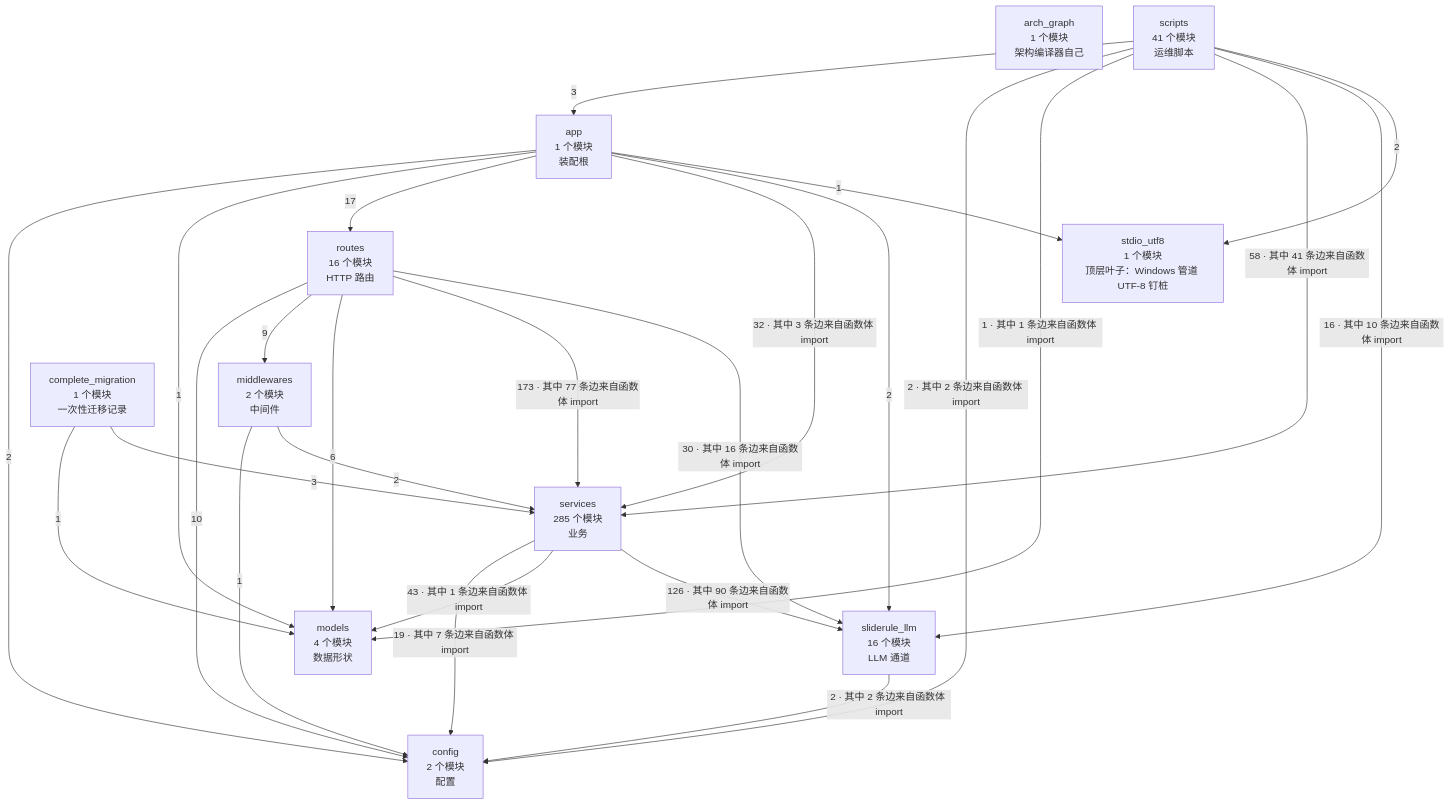
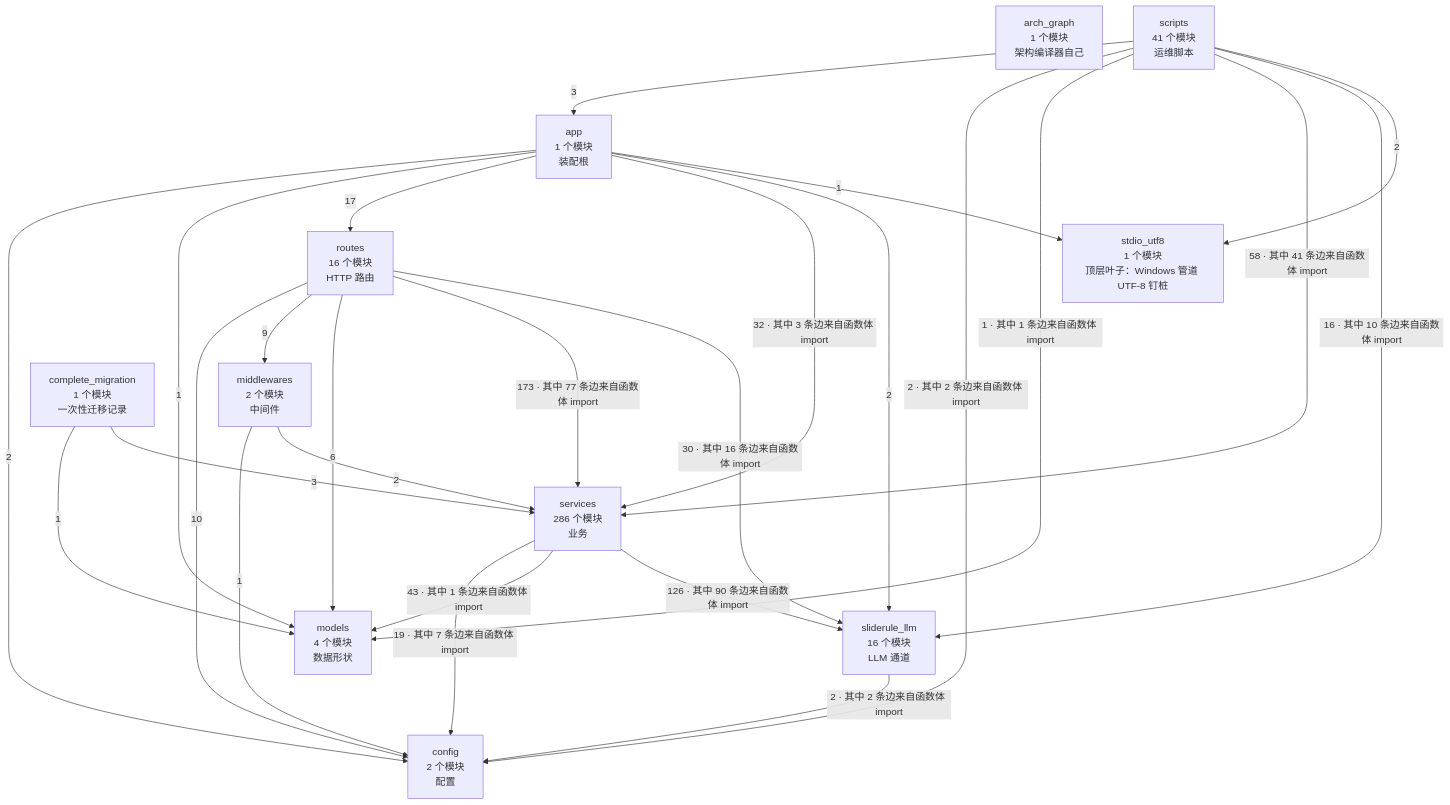
Before and after one commit to 2686521696/WhyBuddy: the second of 4 diagrams in docs/SlideRule V6.2 架构图（自动生成）.md, drawn with Mermaid. The commit also changed other lines of this file and 9 other files, not shown here.

````diff
--- a/docs/SlideRule V6.2 架构图（自动生成）.md
+++ b/docs/SlideRule V6.2 架构图（自动生成）.md
@@ -62,39 +62,39 @@
 ```mermaid
 flowchart TB
   arch_graph["arch_graph<br/>1 个模块<br/>架构编译器自己"]
   config["config<br/>2 个模块<br/>配置"]
   models["models<br/>4 个模块<br/>数据形状"]
   stdio_utf8["stdio_utf8<br/>1 个模块<br/>顶层叶子：Windows 管道 UTF-8 钉桩"]
   sliderule_llm["sliderule_llm<br/>16 个模块<br/>LLM 通道"]
   middlewares["middlewares<br/>2 个模块<br/>中间件"]
-  services["services<br/>285 个模块<br/>业务"]
+  services["services<br/>286 个模块<br/>业务"]
   routes["routes<br/>16 个模块<br/>HTTP 路由"]
   app["app<br/>1 个模块<br/>装配根"]
   complete_migration["complete_migration<br/>1 个模块<br/>一次性迁移记录"]
   scripts["scripts<br/>41 个模块<br/>运维脚本"]
   app -->|2| config
   app -->|1| models
   app -->|17| routes
   app -->|32 · 其中 3 条边来自函数体 import| services
   app -->|2| sliderule_llm
   app -->|1| stdio_utf8
   complete_migration -->|1| models
   complete_migration -->|3| services
   middlewares -->|1| config
   middlewares -->|2| services
   routes -->|10| config
   routes -->|9| middlewares
   routes -->|6| models
   routes -->|173 · 其中 77 条边来自函数体 import| services
   routes -->|30 · 其中 16 条边来自函数体 import| sliderule_llm
   scripts -->|3| app
   scripts -->|2 · 其中 2 条边来自函数体 import| config
   scripts -->|1 · 其中 1 条边来自函数体 import| models
   scripts -->|58 · 其中 41 条边来自函数体 import| services
   scripts -->|16 · 其中 10 条边来自函数体 import| sliderule_llm
   scripts -->|2| stdio_utf8
   services -->|19 · 其中 7 条边来自函数体 import| config
   services -->|43 · 其中 1 条边来自函数体 import| models
   services -->|126 · 其中 90 条边来自函数体 import| sliderule_llm
   sliderule_llm -->|2 · 其中 2 条边来自函数体 import| config
 ```
````
